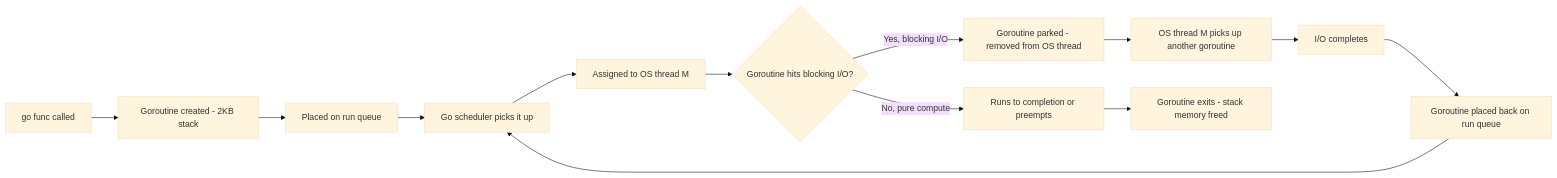
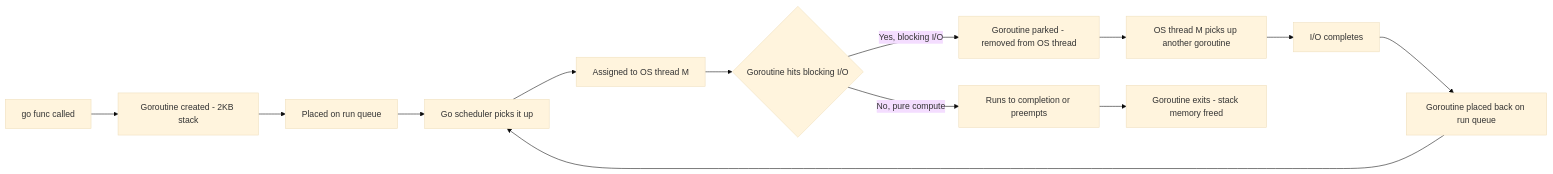
The fourth of 13 diagrams in Section0/Chapter_3_OS_Fundamentals.md (ranjeetnegi/System-Design-for-Staff-SWE), drawn with Mermaid (base theme) before and after one commit. The commit also changed other lines of this file and 11 other files, not shown here.

````diff
--- a/Section0/Chapter_3_OS_Fundamentals.md
+++ b/Section0/Chapter_3_OS_Fundamentals.md
@@ -419,15 +419,15 @@
 ```mermaid
 flowchart LR
     A[go func called] --> B[Goroutine created - 2KB stack]
     B --> C[Placed on run queue]
     C --> D[Go scheduler picks it up]
     D --> E[Assigned to OS thread M]
-    E --> F{Goroutine hits blocking I/O?}
+    E --> F{Goroutine hits blocking I/O }
     F -- No, pure compute --> G[Runs to completion or preempts]
     F -- Yes, blocking I/O --> H[Goroutine parked - removed from OS thread]
     H --> I[OS thread M picks up another goroutine]
     I --> J[I/O completes]
     J --> K[Goroutine placed back on run queue]
     K --> D
     G --> L[Goroutine exits - stack memory freed]
 ```
````
